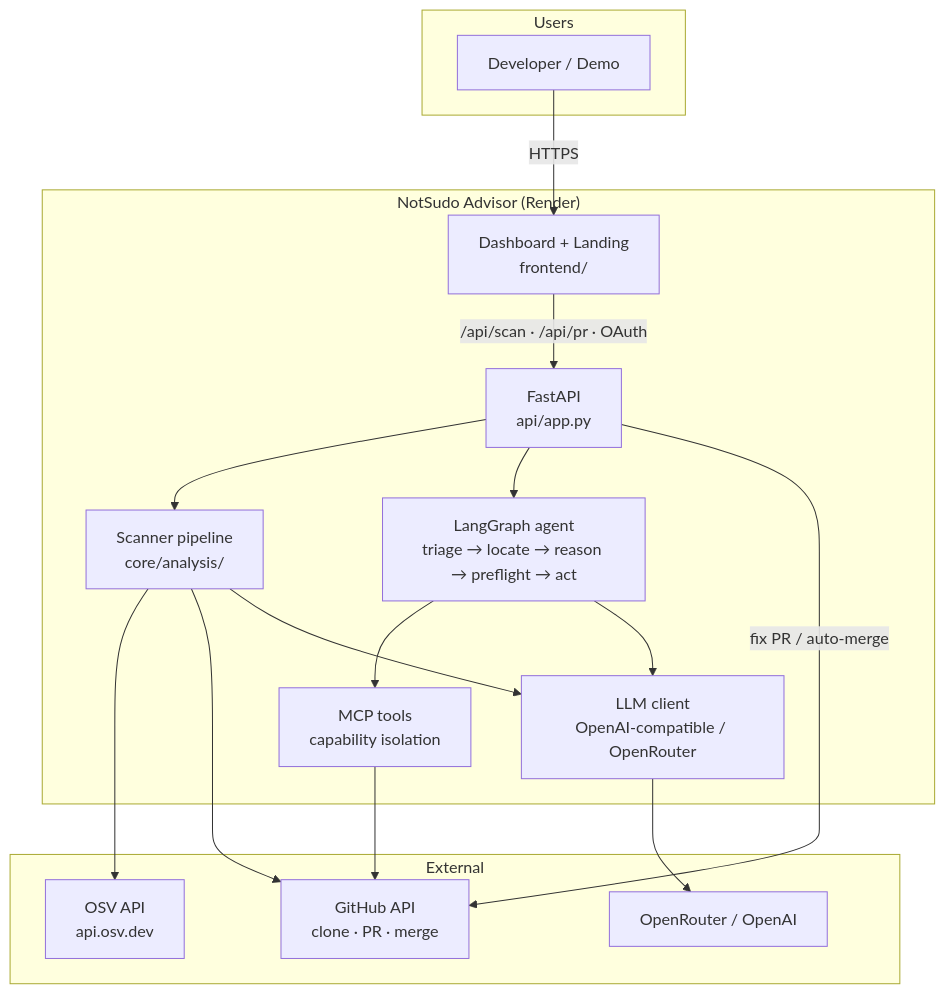
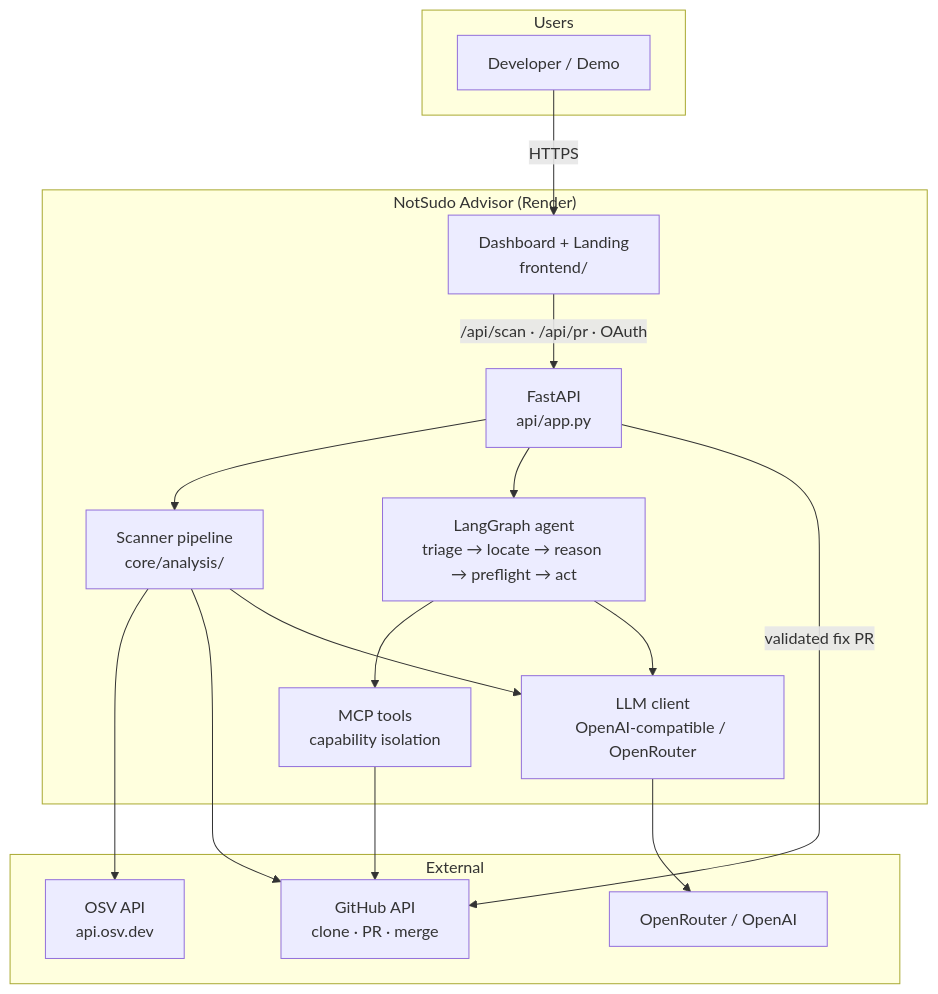
The first of 4 diagrams in README.md (ashokDevs/notsudo-advisor), drawn with Mermaid before and after one commit. The commit also changed other lines of this file and 3 other files, not shown here.

````diff
--- a/README.md
+++ b/README.md
@@ -58,34 +58,34 @@
 ```mermaid
 flowchart TB
   subgraph Users
     U[Developer / Demo]
   end
 
   subgraph NotSudo["NotSudo Advisor (Render)"]
     UI[Dashboard + Landing<br/>frontend/]
     API[FastAPI<br/>api/app.py]
     SCAN[Scanner pipeline<br/>core/analysis/]
     AGENT[LangGraph agent<br/>triage → locate → reason → preflight → act]
     MCP[MCP tools<br/>capability isolation]
     LLM[LLM client<br/>OpenAI-compatible / OpenRouter]
   end
 
   subgraph External
     OSV[OSV API<br/>api.osv.dev]
     GH[GitHub API<br/>clone · PR · merge]
     OR[OpenRouter / OpenAI]
   end
 
   U -->|HTTPS| UI
   UI -->|/api/scan · /api/pr · OAuth| API
   API --> SCAN
   API --> AGENT
   SCAN --> OSV
   SCAN --> GH
   SCAN --> LLM
   AGENT --> MCP
   AGENT --> LLM
   MCP --> GH
   LLM --> OR
-  API -->|fix PR / auto-merge| GH
+  API -->|validated fix PR| GH
 ```
````
